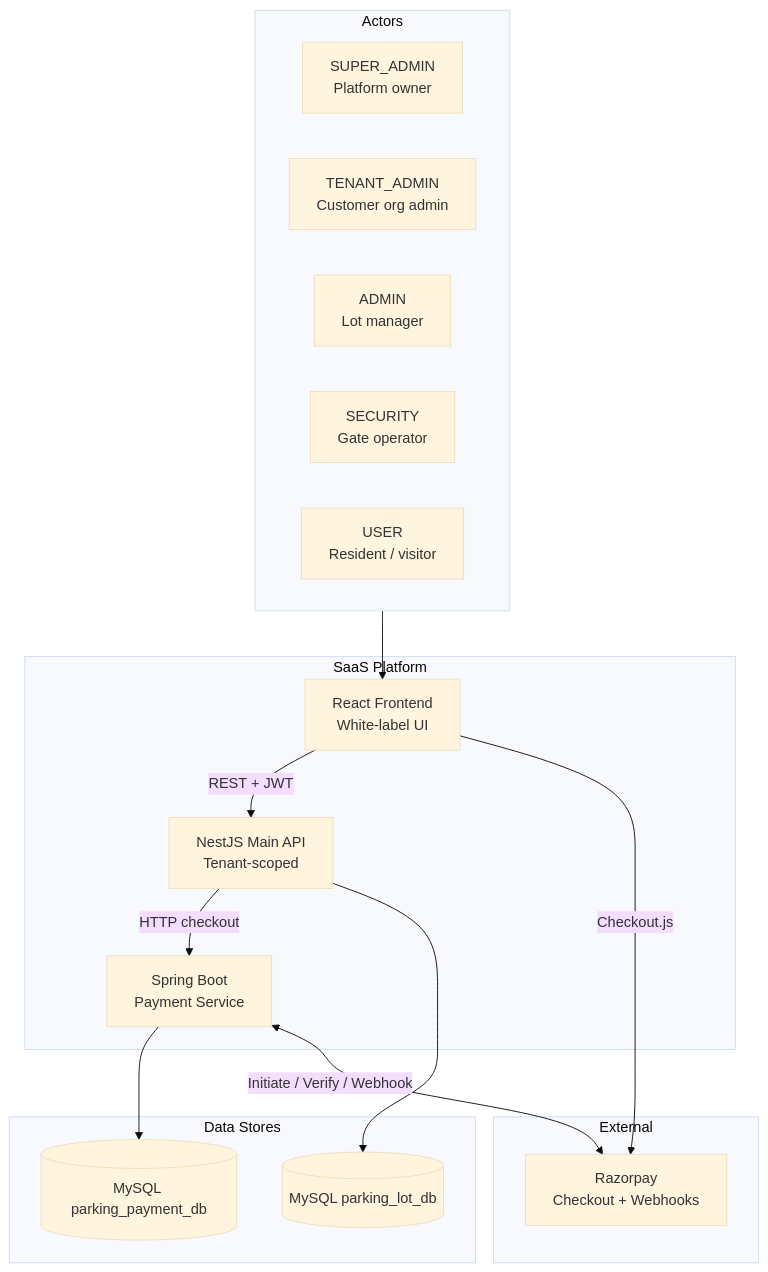
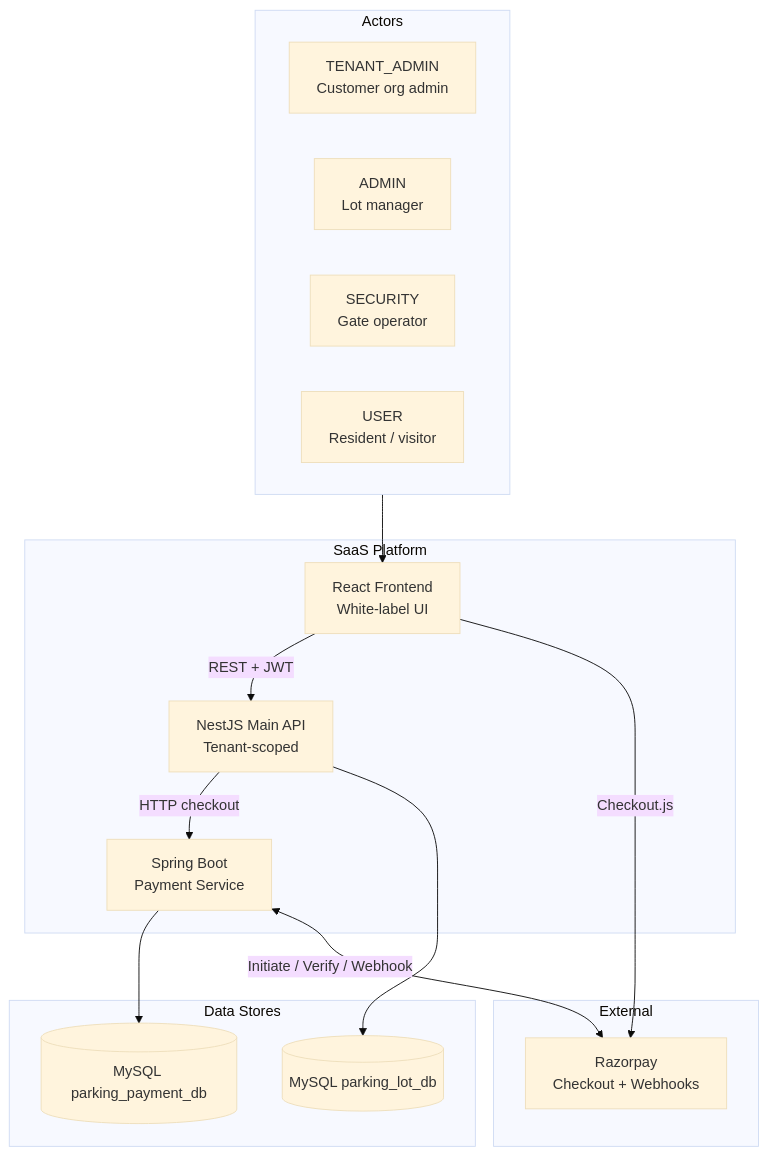
The first of 2 diagrams in docs/project-plan/07-hld-saas-v2.md (imkpk/smart-parking-system), drawn with Mermaid (base theme) before and after one commit. The commit also changed other lines of this file and 10 other files, not shown here.

````diff
--- a/docs/project-plan/07-hld-saas-v2.md
+++ b/docs/project-plan/07-hld-saas-v2.md
@@ -16,33 +16,32 @@
 ```mermaid
 flowchart TB
     subgraph actors [Actors]
-        SA[SUPER_ADMIN<br/>Platform owner]
         TA[TENANT_ADMIN<br/>Customer org admin]
         AD[ADMIN<br/>Lot manager]
         SEC[SECURITY<br/>Gate operator]
         USR[USER<br/>Resident / visitor]
     end
 
     subgraph saas [SaaS Platform]
         FE[React Frontend<br/>White-label UI]
         API[NestJS Main API<br/>Tenant-scoped]
         PAY[Spring Boot<br/>Payment Service]
     end
 
     subgraph data [Data Stores]
         DB1[(MySQL parking_lot_db)]
         DB2[(MySQL parking_payment_db)]
     end
 
     subgraph external [External]
         RZP[Razorpay<br/>Checkout + Webhooks]
     end
 
     actors --> FE
     FE -->|REST + JWT| API
     API -->|HTTP checkout| PAY
     API --> DB1
     PAY --> DB2
     PAY <-->|Initiate / Verify / Webhook| RZP
     FE -->|Checkout.js| RZP
 ```
````
